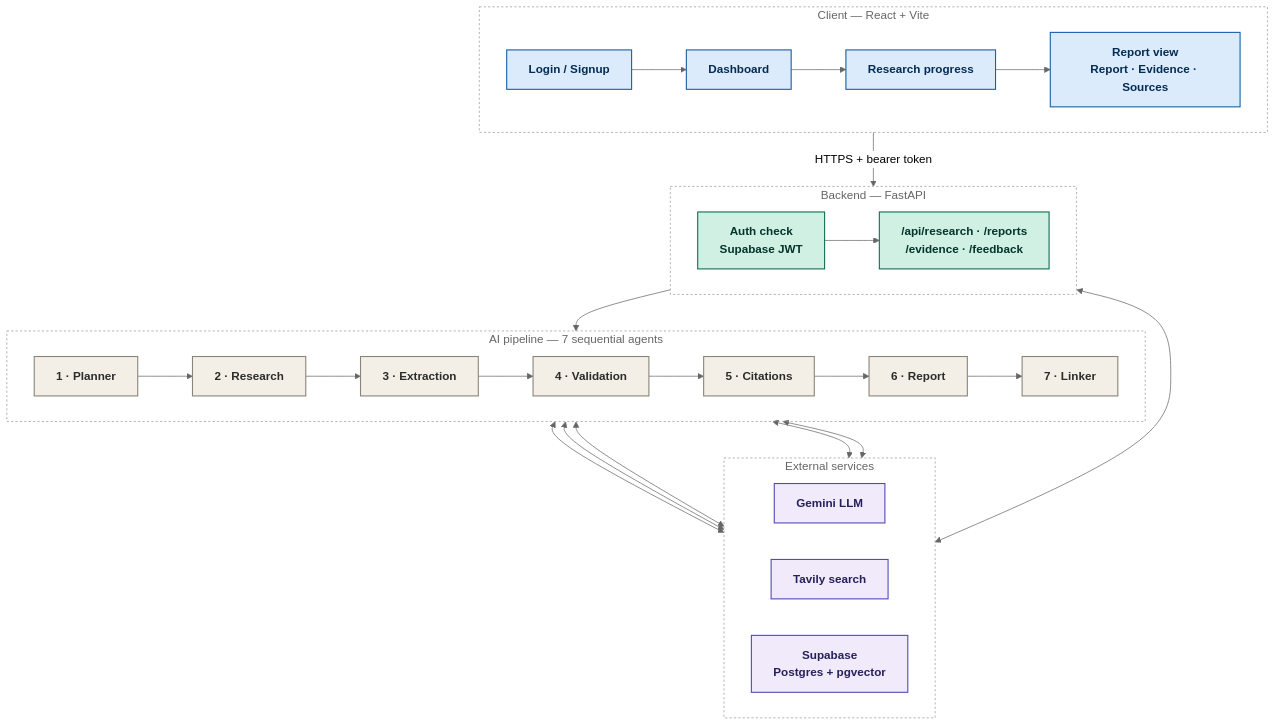
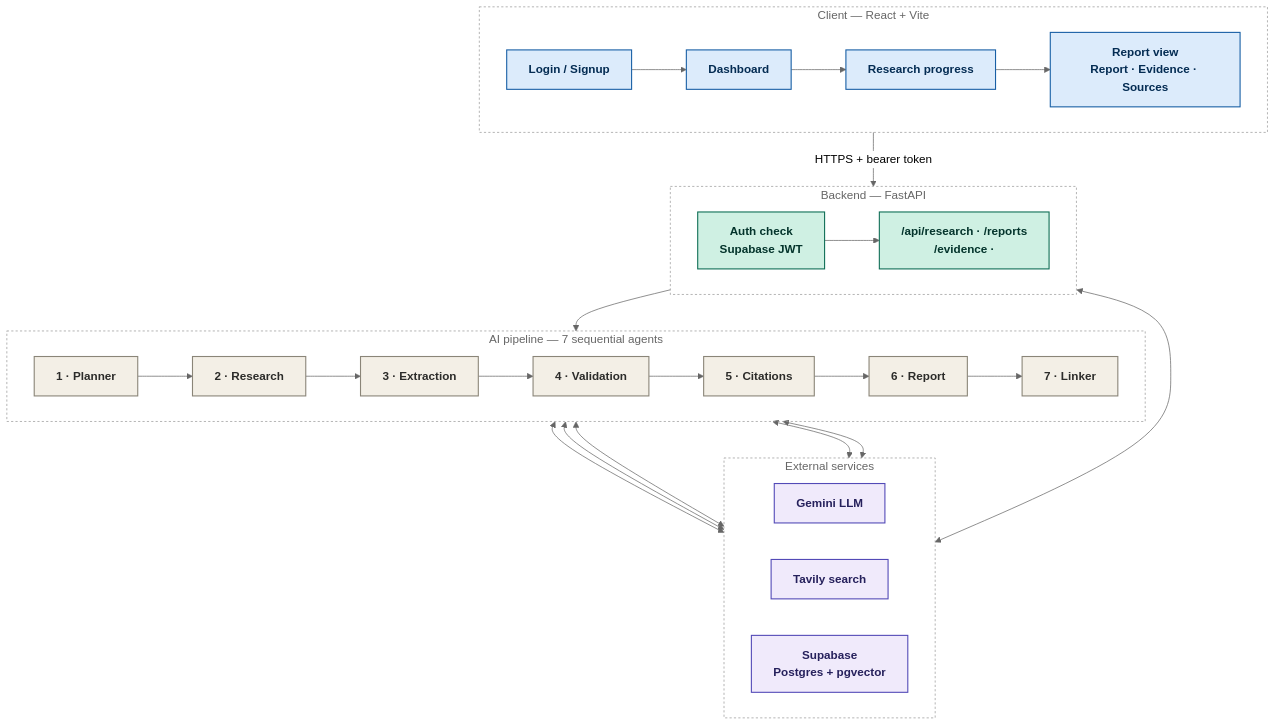
Before and after one commit to DeepakChauhan33/Meridian-Strategy-Engine-: the first of 3 diagrams in README.md, drawn with Mermaid (neutral theme). The commit also changed other lines of this file, not shown here.

````diff
--- a/README.md
+++ b/README.md
@@ -95,42 +95,42 @@
 ```mermaid
 flowchart TB
     classDef client fill:#DCEBFB,stroke:#185FA5,stroke-width:1.5px,color:#042C53,font-weight:bold
     classDef backend fill:#CFF0E3,stroke:#0F6E56,stroke-width:1.5px,color:#04342C,font-weight:bold
     classDef pipeline fill:#F3EFE6,stroke:#8a8578,stroke-width:1.5px,color:#2C2C2A,font-weight:bold
     classDef external fill:#F0EAFB,stroke:#534AB7,stroke-width:1.5px,color:#26215C,font-weight:bold
     classDef grp fill:transparent,stroke:#999,stroke-dasharray:3 3,color:#666
 
     subgraph CLIENT["Client — React + Vite"]
         direction LR
         A["Login / Signup"] --> B["Dashboard"] --> C["Research progress"] --> D["Report view<br/>Report · Evidence · Sources"]
     end
 
     subgraph API["Backend — FastAPI"]
         direction LR
-        AUTH["Auth check<br/>Supabase JWT"] --> ROUTES["/api/research · /reports<br/>/evidence · /feedback"]
+        AUTH["Auth check<br/>Supabase JWT"] --> ROUTES["/api/research · /reports<br/>/evidence ·"]
     end
 
     subgraph PIPELINE["AI pipeline — 7 sequential agents"]
         direction LR
         P1["1 · Planner"] --> P2["2 · Research"] --> P3["3 · Extraction"] --> P4["4 · Validation"] --> P5["5 · Citations"] --> P6["6 · Report"] --> P7["7 · Linker"]
     end
 
     subgraph EXT["External services"]
         direction LR
         LLM["Gemini LLM"]
         SEARCH["Tavily search"]
         DB["Supabase<br/>Postgres + pgvector"]
     end
 
     D -- "HTTPS + bearer token" --> AUTH
     ROUTES --> P1
     P2 <--> SEARCH
     P1 & P3 & P4 & P6 <--> LLM
     ROUTES <--> DB
 
     class A,B,C,D client
     class AUTH,ROUTES backend
     class P1,P2,P3,P4,P5,P6,P7 pipeline
     class LLM,SEARCH,DB external
     class CLIENT,API,PIPELINE,EXT grp
 ```
````
